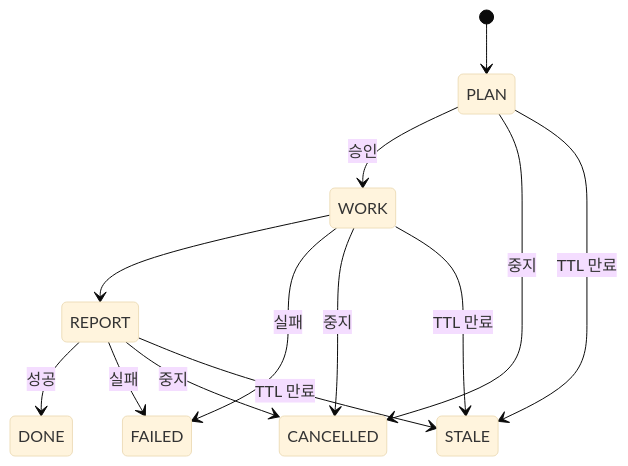
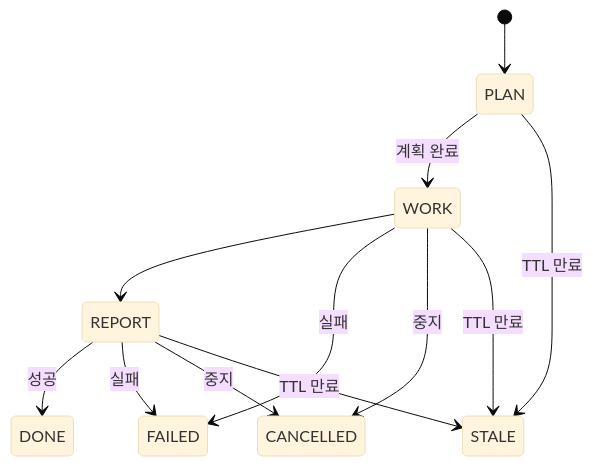
The diagram in .claude/skills/workflow-orchestration/SKILL.md (KoreanLeeChangHyun/claude-workflow), drawn with Mermaid (base theme) before and after one commit. The commit also changed other lines of this file and 44 other files, not shown here.

````diff
--- a/.claude/skills/workflow-orchestration/SKILL.md
+++ b/.claude/skills/workflow-orchestration/SKILL.md
@@ -14,15 +14,14 @@
 ```mermaid
 stateDiagram-v2
     [*] --> PLAN
-    PLAN --> WORK: 승인
-    PLAN --> CANCELLED: 중지
+    PLAN --> WORK: 계획 완료
     PLAN --> STALE: TTL 만료
     WORK --> REPORT
     WORK --> FAILED: 실패
     REPORT --> DONE: 성공
     REPORT --> FAILED: 실패
     WORK --> CANCELLED: 중지
     WORK --> STALE: TTL 만료
     REPORT --> CANCELLED: 중지
     REPORT --> STALE: TTL 만료
 ```
````
